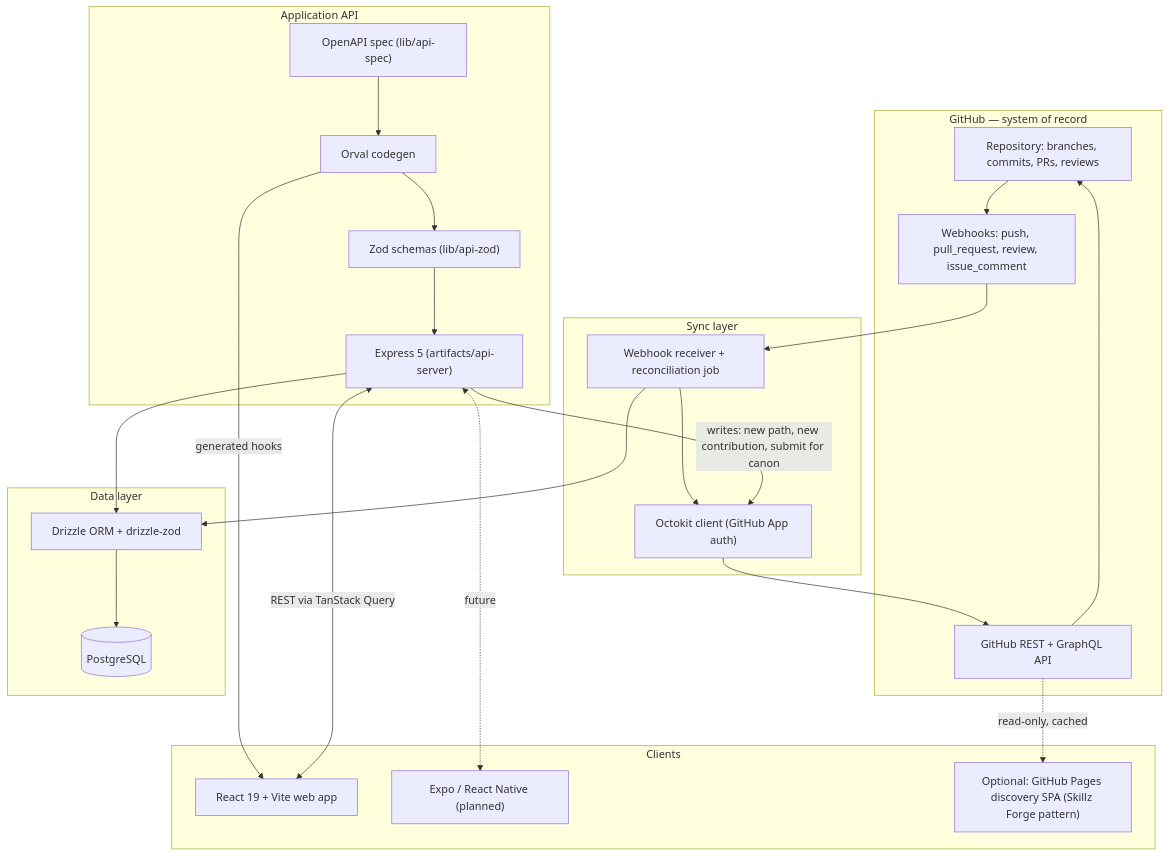
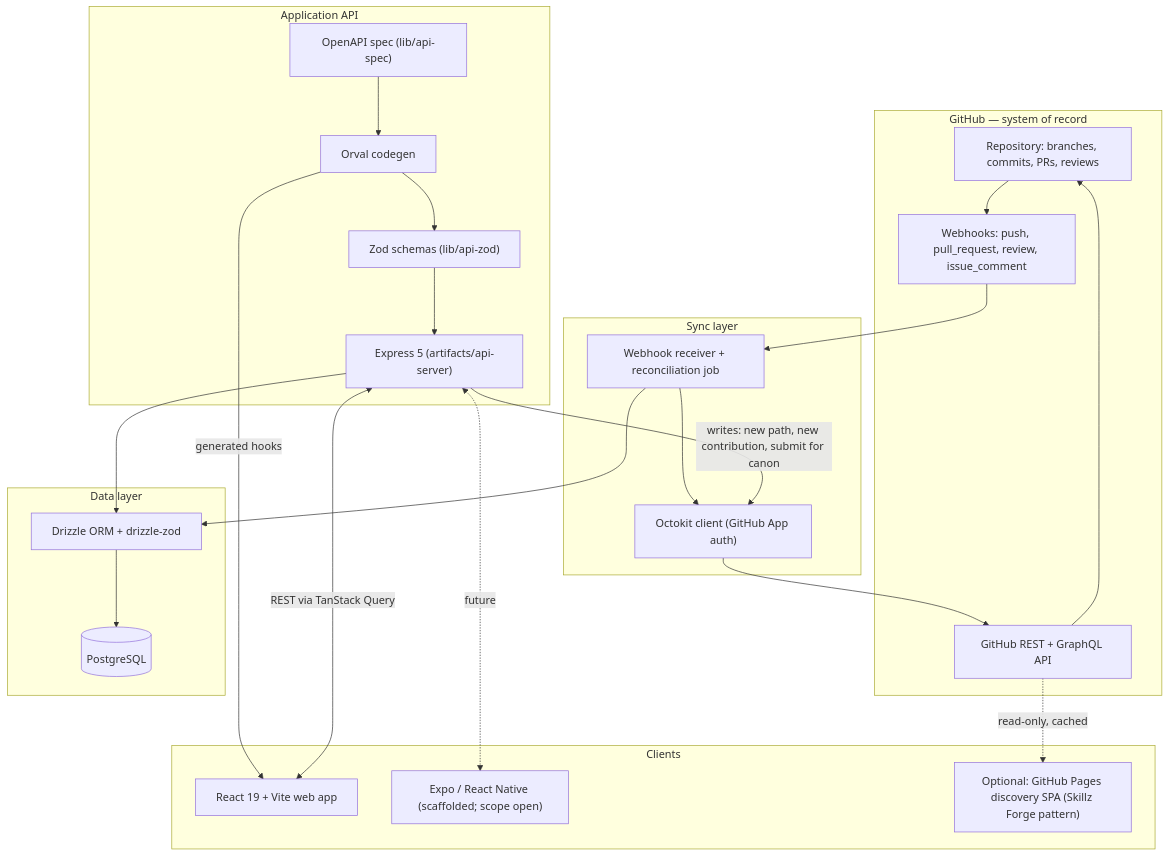
One commit to OKHP3/telling-forward changed the diagram in docs/platform-requirements.md. Above: the diagram before and after it, drawn with Mermaid. The commit also changed other lines of this file and 4 other files, not shown here.

````diff
--- a/docs/platform-requirements.md
+++ b/docs/platform-requirements.md
@@ -82,49 +82,49 @@
 ```mermaid
 flowchart TB
     subgraph GH["GitHub — system of record"]
         REPO["Repository: branches, commits, PRs, reviews"]
         WEBHOOK["Webhooks: push, pull_request, review, issue_comment"]
         API_GH["GitHub REST + GraphQL API"]
     end
 
     subgraph SYNC["Sync layer"]
         INGEST["Webhook receiver + reconciliation job"]
         OCTO["Octokit client (GitHub App auth)"]
     end
 
     subgraph DATA["Data layer"]
         PG[("PostgreSQL")]
         DRIZZLE["Drizzle ORM + drizzle-zod"]
     end
 
     subgraph API["Application API"]
         EXPRESS["Express 5 (artifacts/api-server)"]
         OPENAPI["OpenAPI spec (lib/api-spec)"]
         ORVAL["Orval codegen"]
         ZOD["Zod schemas (lib/api-zod)"]
     end
 
     subgraph CLIENTS["Clients"]
         WEB["React 19 + Vite web app"]
-        MOBILE["Expo / React Native (planned)"]
+        MOBILE["Expo / React Native (scaffolded; scope open)"]
         PAGES["Optional: GitHub Pages discovery SPA (Skillz Forge pattern)"]
     end
 
     REPO --> WEBHOOK
     WEBHOOK --> INGEST
     INGEST --> OCTO
     OCTO --> API_GH
     API_GH --> REPO
     INGEST --> DRIZZLE
     DRIZZLE --> PG
     EXPRESS --> DRIZZLE
     OPENAPI --> ORVAL
     ORVAL --> ZOD
     ZOD --> EXPRESS
     ORVAL -->|generated hooks| WEB
     EXPRESS <-->|REST via TanStack Query| WEB
     EXPRESS <-.->|future| MOBILE
     API_GH -.->|read-only, cached| PAGES
 
     EXPRESS -->|writes: new path, new contribution, submit for canon| OCTO
 ```
````
